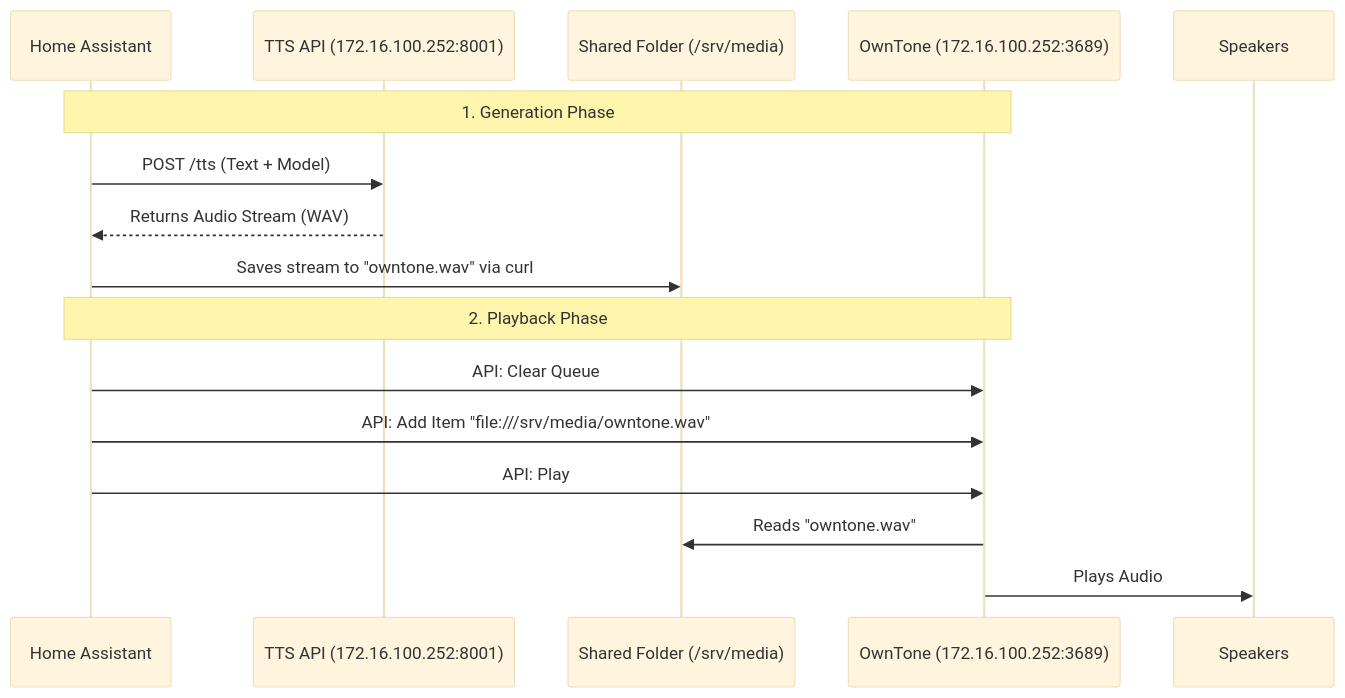
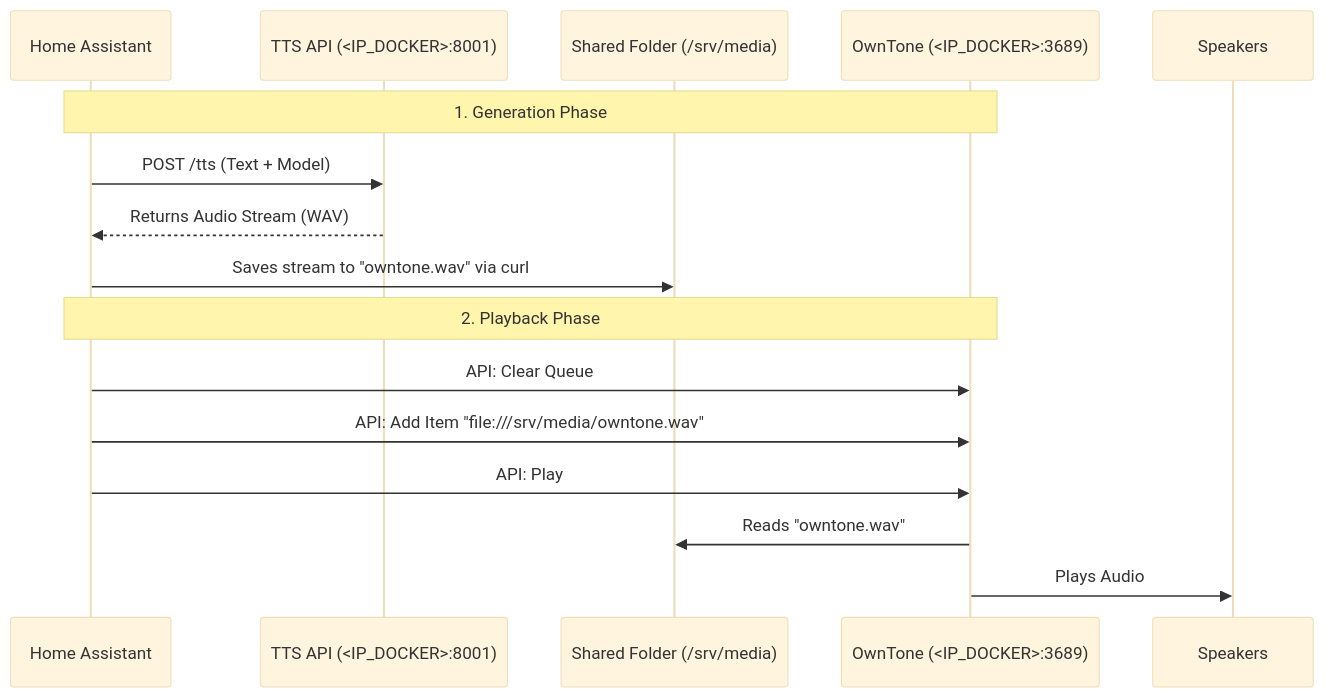
The diagram in INTEGRATION.md (binhtph/tts-server), drawn with Mermaid (base theme) before and after one commit. The commit also changed other lines of this file, not shown here.

````diff
--- a/INTEGRATION.md
+++ b/INTEGRATION.md
@@ -8,20 +8,20 @@
 ```mermaid
 sequenceDiagram
     participant HASS as Home Assistant
-    participant TTS as TTS API (172.16.100.252:8001)
+    participant TTS as TTS API (<IP_DOCKER>:8001)
     participant FS as Shared Folder (/srv/media)
-    participant OT as OwnTone (172.16.100.252:3689)
+    participant OT as OwnTone (<IP_DOCKER>:3689)
     participant SPK as Speakers
 
     Note over HASS, OT: 1. Generation Phase
     HASS->>TTS: POST /tts (Text + Model)
     TTS-->>HASS: Returns Audio Stream (WAV)
     HASS->>FS: Saves stream to "owntone.wav" via curl
     
     Note over HASS, OT: 2. Playback Phase
     HASS->>OT: API: Clear Queue
     HASS->>OT: API: Add Item "file:///srv/media/owntone.wav"
     HASS->>OT: API: Play
     OT->>FS: Reads "owntone.wav"
     OT->>SPK: Plays Audio
 ```
````
